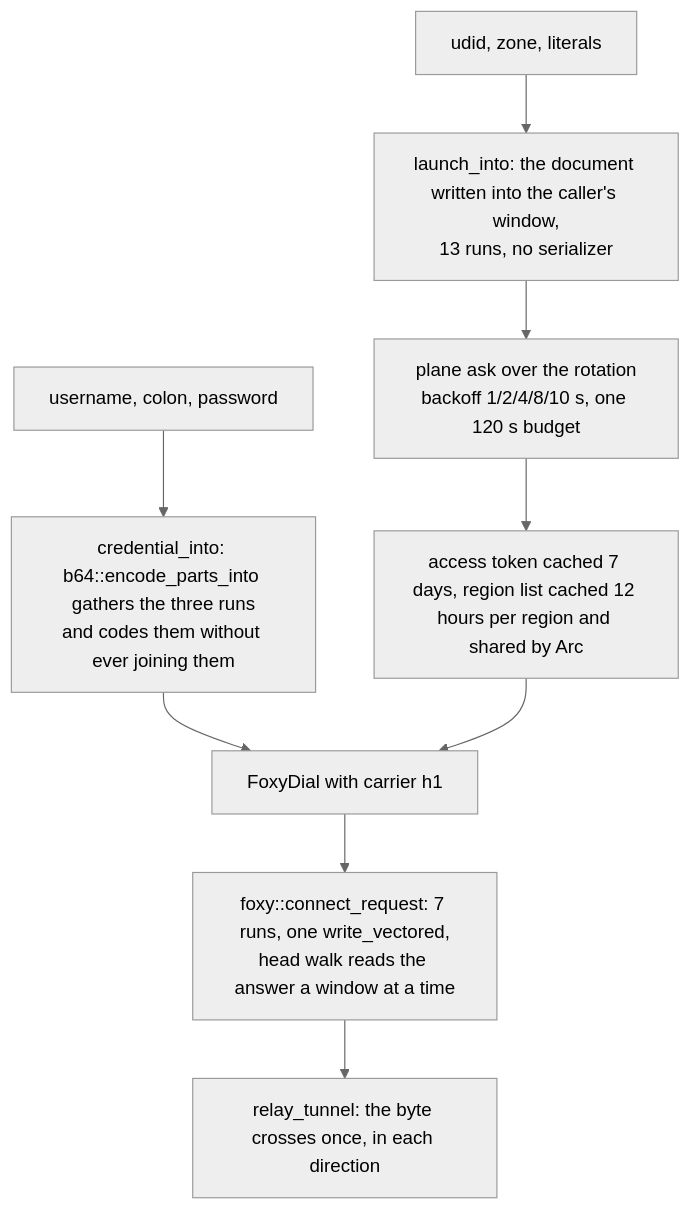
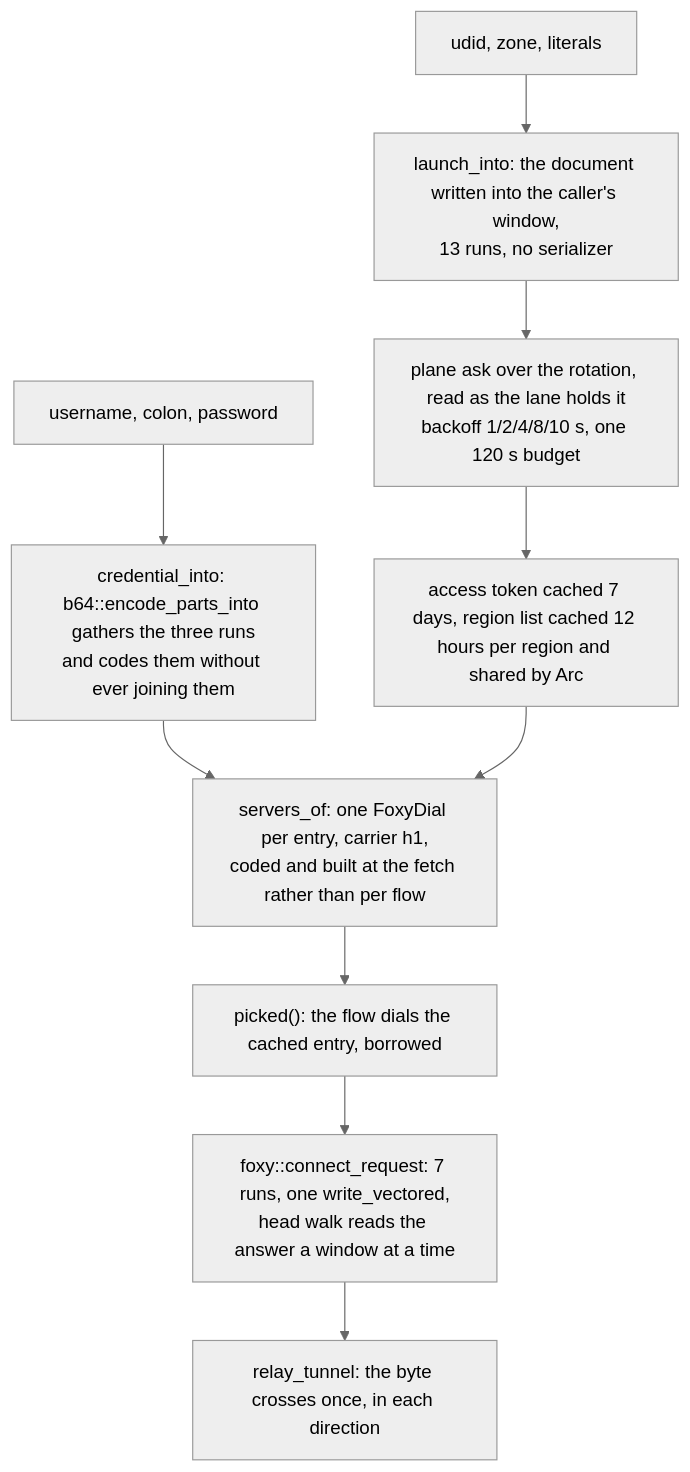
The diagram in docs/function/carrier-veepn.md (Ferrocite/ferrox), drawn with Mermaid (neutral theme) before and after one commit. The commit also changed other lines of this file and 2 other files, not shown here.

First line of the commit message:
veepn: a flow dials the entry the list built, and an ask reads its origins in place

````diff
--- a/docs/function/carrier-veepn.md
+++ b/docs/function/carrier-veepn.md
@@ -7,11 +7,12 @@
 ```mermaid
 graph TD
     A["udid, zone, literals"] --> B["launch_into: the document written into the caller's window,<br/>13 runs, no serializer"]
     C["username, colon, password"] --> D["credential_into: b64::encode_parts_into gathers the three runs<br/>and codes them without ever joining them"]
-    B --> E["plane ask over the rotation<br/>backoff 1/2/4/8/10 s, one 120 s budget"]
+    B --> E["plane ask over the rotation, read as the lane holds it<br/>backoff 1/2/4/8/10 s, one 120 s budget"]
     E --> F["access token cached 7 days, region list cached 12 hours per region and shared by Arc"]
-    D --> G["FoxyDial with carrier h1"]
+    D --> G["servers_of: one FoxyDial per entry, carrier h1,<br/>coded and built at the fetch rather than per flow"]
     F --> G
-    G --> H["foxy::connect_request: 7 runs, one write_vectored,<br/>head walk reads the answer a window at a time"]
+    G --> P["picked(): the flow dials the cached entry, borrowed"]
+    P --> H["foxy::connect_request: 7 runs, one write_vectored,<br/>head walk reads the answer a window at a time"]
     H --> I["relay_tunnel: the byte crosses once, in each direction"]
 ```
````
